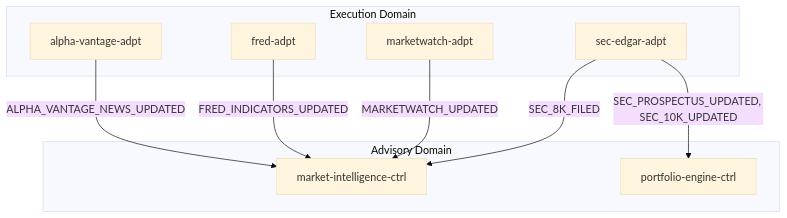
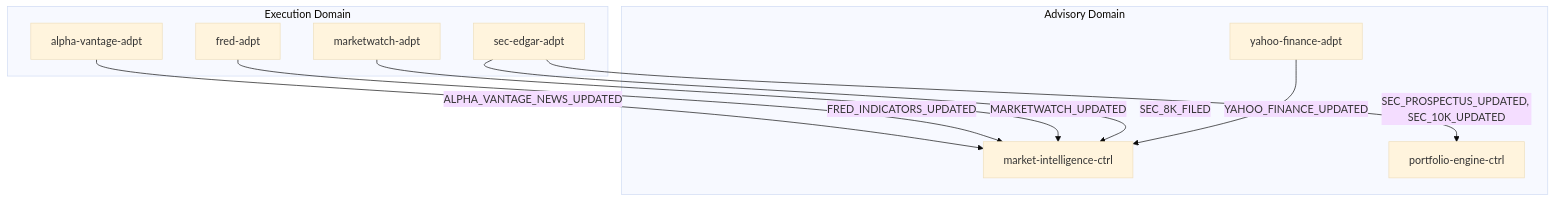
Before and after one commit to fabio-vitali/nestfolio: the first of 2 diagrams in docs/data-flows/market-data-ingestion.md, drawn with Mermaid (base theme). The commit also changed other lines of this file and 53 other files, not shown here.

First line of the commit message:
docs: regenerate all service cards, flow specs, and C4 diagrams via /init-docs

````diff
--- a/docs/data-flows/market-data-ingestion.md
+++ b/docs/data-flows/market-data-ingestion.md
@@ -11,18 +11,20 @@
 ```mermaid
 flowchart TD
     subgraph execution["Execution Domain"]
         alpha_vantage_adpt["alpha-vantage-adpt"]
         fred_adpt["fred-adpt"]
         marketwatch_adpt["marketwatch-adpt"]
         sec_edgar_adpt["sec-edgar-adpt"]
     end
     subgraph advisory["Advisory Domain"]
+        yahoo_finance_adpt["yahoo-finance-adpt"]
         market_intelligence_ctrl["market-intelligence-ctrl"]
         portfolio_engine_ctrl["portfolio-engine-ctrl"]
     end
     alpha_vantage_adpt -->|"ALPHA_VANTAGE_NEWS_UPDATED"| market_intelligence_ctrl
     fred_adpt -->|"FRED_INDICATORS_UPDATED"| market_intelligence_ctrl
     marketwatch_adpt -->|"MARKETWATCH_UPDATED"| market_intelligence_ctrl
     sec_edgar_adpt -->|"SEC_8K_FILED"| market_intelligence_ctrl
     sec_edgar_adpt -->|"SEC_PROSPECTUS_UPDATED, SEC_10K_UPDATED"| portfolio_engine_ctrl
+    yahoo_finance_adpt -->|"YAHOO_FINANCE_UPDATED"| market_intelligence_ctrl
 ```
````
